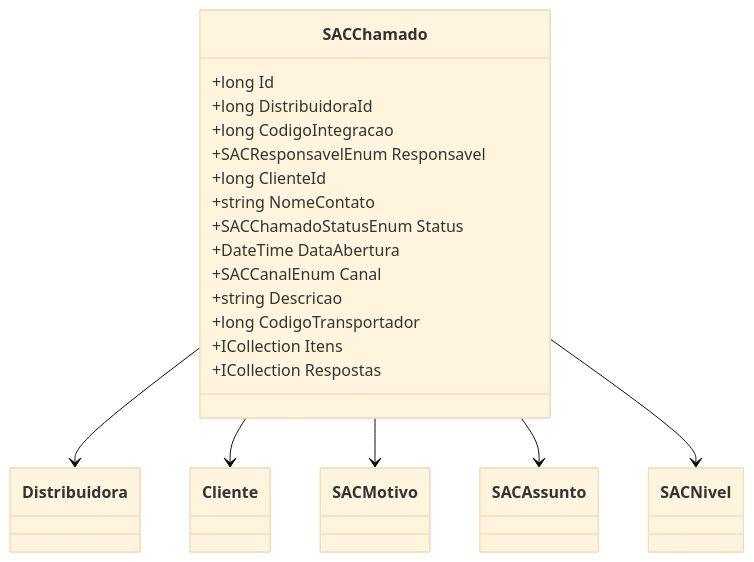
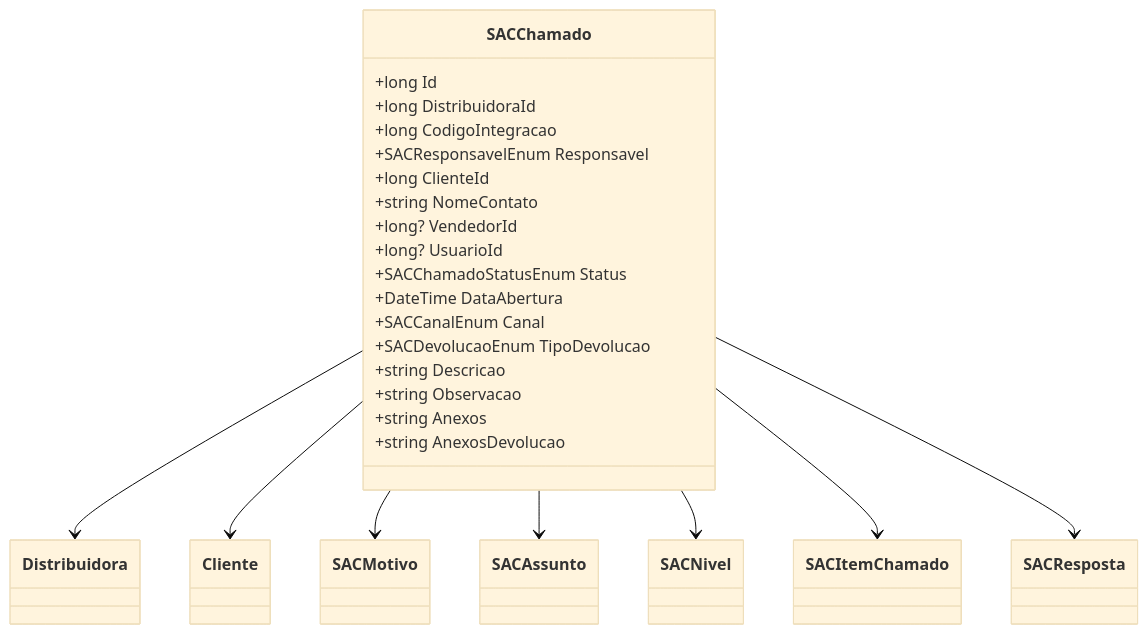
One commit to IsthmusSistemas/documentacao-tecnica changed the second of 2 diagrams in docs/b2b-dominio/IsthmusWinthor.Nucleo/IsthmusWinthor.Dominio/Entidades/SACChamado.md. Above: the diagram before and after it, drawn with Mermaid (base theme). The commit also changed other lines of this file and 882 other files, not shown here.

````diff
--- a/docs/b2b-dominio/IsthmusWinthor.Nucleo/IsthmusWinthor.Dominio/Entidades/SACChamado.md
+++ b/docs/b2b-dominio/IsthmusWinthor.Nucleo/IsthmusWinthor.Dominio/Entidades/SACChamado.md
@@ -87,23 +70,29 @@
 ```mermaid
 classDiagram
     class SACChamado {
         +long Id
         +long DistribuidoraId
         +long CodigoIntegracao
         +SACResponsavelEnum Responsavel
         +long ClienteId
         +string NomeContato
+        +long? VendedorId
+        +long? UsuarioId
         +SACChamadoStatusEnum Status
         +DateTime DataAbertura
         +SACCanalEnum Canal
+        +SACDevolucaoEnum TipoDevolucao
         +string Descricao
-        +long CodigoTransportador
-        +ICollection<SACItemChamado> Itens
-        +ICollection<SACResposta> Respostas
+        +string Observacao
+        +string Anexos
+        +string AnexosDevolucao
     }
+
     SACChamado --> Distribuidora
     SACChamado --> Cliente
     SACChamado --> SACMotivo
     SACChamado --> SACAssunto
     SACChamado --> SACNivel
+    SACChamado --> SACItemChamado
+    SACChamado --> SACResposta
 ```
````
